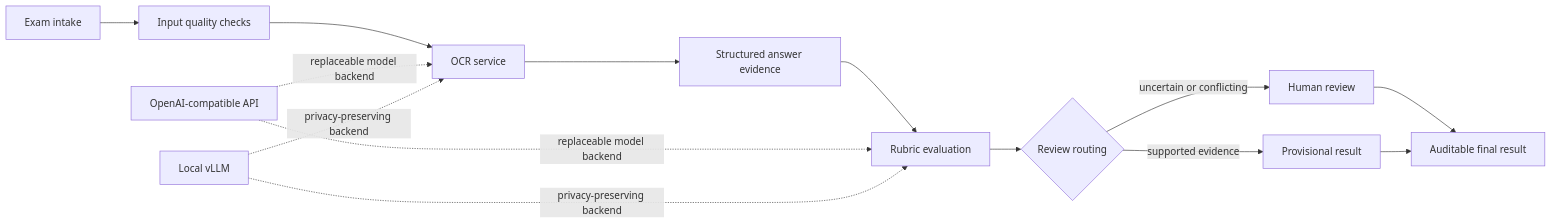
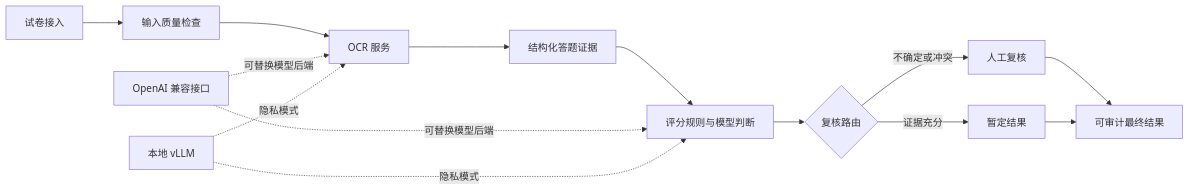
One commit to knightsccc/ai-exam-grading-showcase changed the diagram in README.md. Above: the diagram before and after it, drawn with Mermaid. The commit also changed other lines of this file and 6 other files, not shown here.

````diff
--- a/README.md
+++ b/README.md
@@ -29,17 +25,17 @@
 ```mermaid
 flowchart LR
-    A[Exam intake] --> B[Input quality checks]
-    B --> C[OCR service]
-    C --> D[Structured answer evidence]
-    D --> E[Rubric evaluation]
-    E --> F{Review routing}
-    F -->|supported evidence| G[Provisional result]
-    F -->|uncertain or conflicting| H[Human review]
-    H --> I[Auditable final result]
+    A[试卷接入] --> B[输入质量检查]
+    B --> C[OCR 服务]
+    C --> D[结构化答题证据]
+    D --> E[评分规则与模型判断]
+    E --> F{复核路由}
+    F -->|证据充分| G[暂定结果]
+    F -->|不确定或冲突| H[人工复核]
+    H --> I[可审计最终结果]
     G --> I
 
-    J[OpenAI-compatible API] -. replaceable model backend .-> C
-    J -. replaceable model backend .-> E
-    K[Local vLLM] -. privacy-preserving backend .-> C
-    K -. privacy-preserving backend .-> E
+    J[OpenAI 兼容接口] -. 可替换模型后端 .-> C
+    J -. 可替换模型后端 .-> E
+    K[本地 vLLM] -. 隐私模式 .-> C
+    K -. 隐私模式 .-> E
 ```
````
